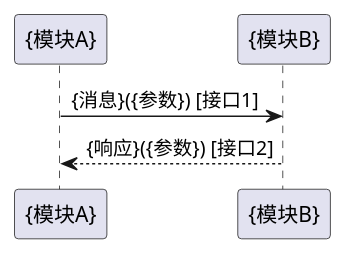
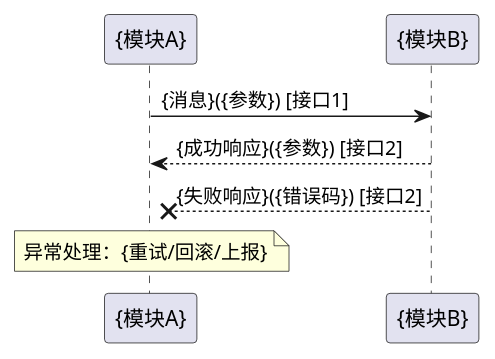
One commit to YickelFuboo/AI-Worker-Project changed the fourth of 4 diagrams in skills/rev-repo-to-spec-and-design/templates/repo_design_template.md. Above: the diagram before and after it, drawn with PlantUML. The commit also changed other lines of this file and 21 other files, not shown here.

````diff
--- a/skills/rev-repo-to-spec-and-design/templates/repo_design_template.md
+++ b/skills/rev-repo-to-spec-and-design/templates/repo_design_template.md
@@ -113,8 +138,10 @@
 ```plantuml
 @startuml
 participant "{模块A}" as A
 participant "{模块B}" as B
 A -> B: {消息}({参数}) [接口1]
-B --> A: {响应}({参数}) [接口2]
+B --> A: {成功响应}({参数}) [接口2]
+B --x A: {失败响应}({错误码}) [接口2]
+note over A: 异常处理：{重试/回滚/上报}
 @enduml
 ```
````
